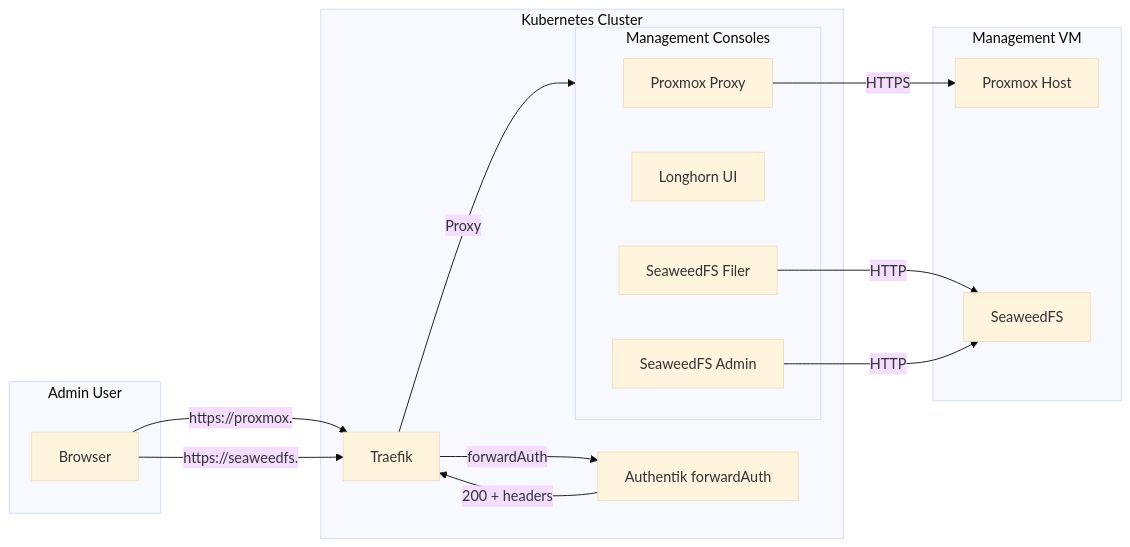
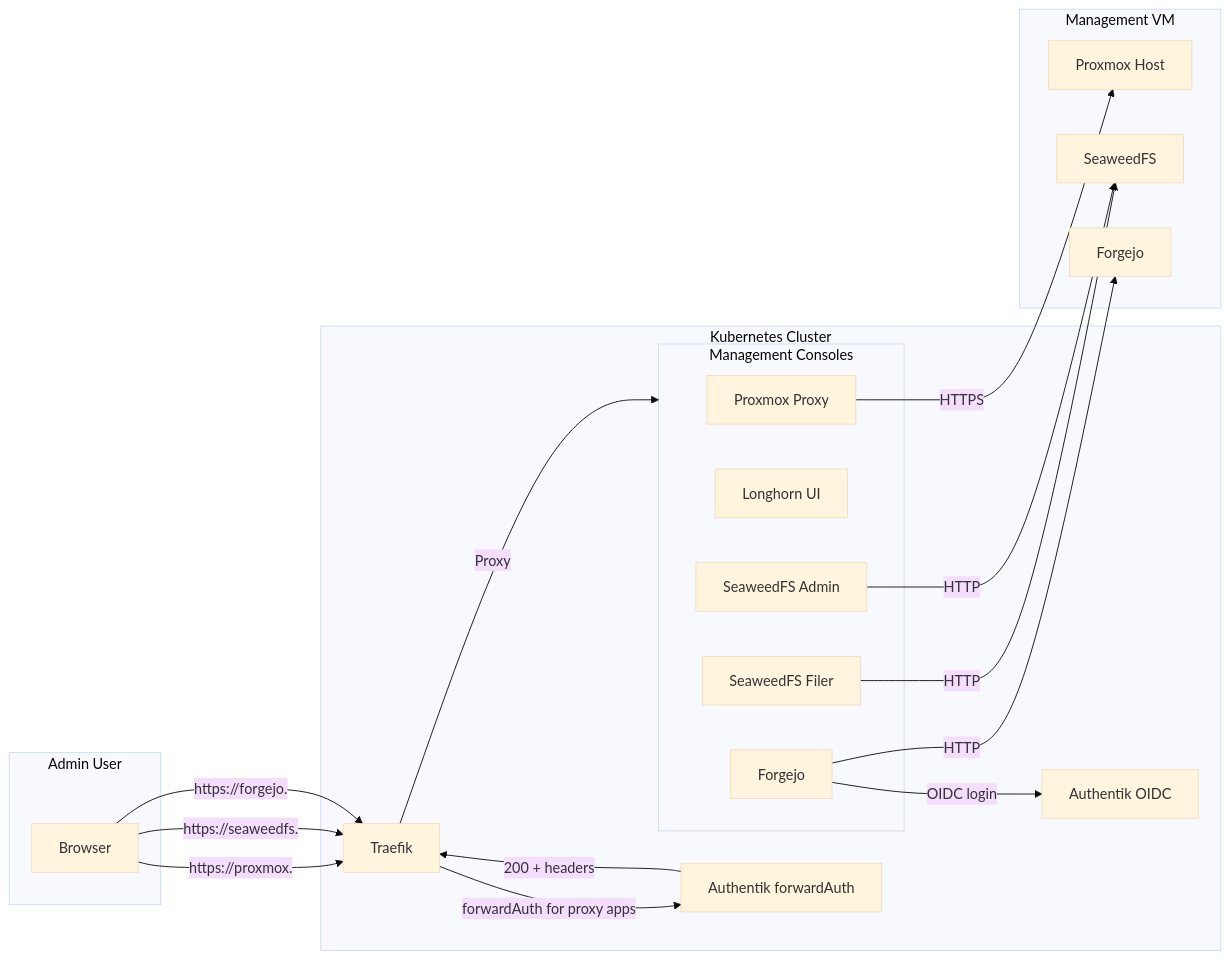
One commit to harrywesterman/Twinbox changed the diagram in docs/management-consoles.md. Above: the diagram before and after it, drawn with Mermaid (base theme). The commit also changed other lines of this file and 32 other files, not shown here.

````diff
--- a/docs/management-consoles.md
+++ b/docs/management-consoles.md
@@ -7,31 +7,37 @@
 ```mermaid
 graph LR
     subgraph User["Admin User"]
         Browser["Browser"]
     end
 
     subgraph Cluster["Kubernetes Cluster"]
         Traefik["Traefik"]
         Auth["Authentik forwardAuth"]
+        OIDC["Authentik OIDC"]
         subgraph Consoles["Management Consoles"]
             ProxmoxUI["Proxmox Proxy"]
             LonghornUI["Longhorn UI"]
             SeaweedFS["SeaweedFS Filer"]
             SeaweedFSAdmin["SeaweedFS Admin"]
+            ForgejoUI["Forgejo"]
         end
     end
 
     subgraph ManagementVM["Management VM"]
         ProxmoxHost["Proxmox Host"]
         SeaweedFSSrv["SeaweedFS"]
+        ForgejoSrv["Forgejo"]
     end
 
     Browser -->|"https://proxmox.<ZONE_NAME>"| Traefik
     Browser -->|"https://seaweedfs.<ZONE_NAME>"| Traefik
-    Traefik -->|"forwardAuth"| Auth
+    Browser -->|"https://forgejo.<ZONE_NAME>"| Traefik
+    Traefik -->|"forwardAuth for proxy apps"| Auth
     Auth -->|"200 + headers"| Traefik
     Traefik -->|"Proxy"| Consoles
+    ForgejoUI -->|"OIDC login"| OIDC
     ProxmoxUI -->|"HTTPS"| ProxmoxHost
     SeaweedFS -->|"HTTP"| SeaweedFSSrv
     SeaweedFSAdmin -->|"HTTP"| SeaweedFSSrv
+    ForgejoUI -->|"HTTP"| ForgejoSrv
 ```
````
